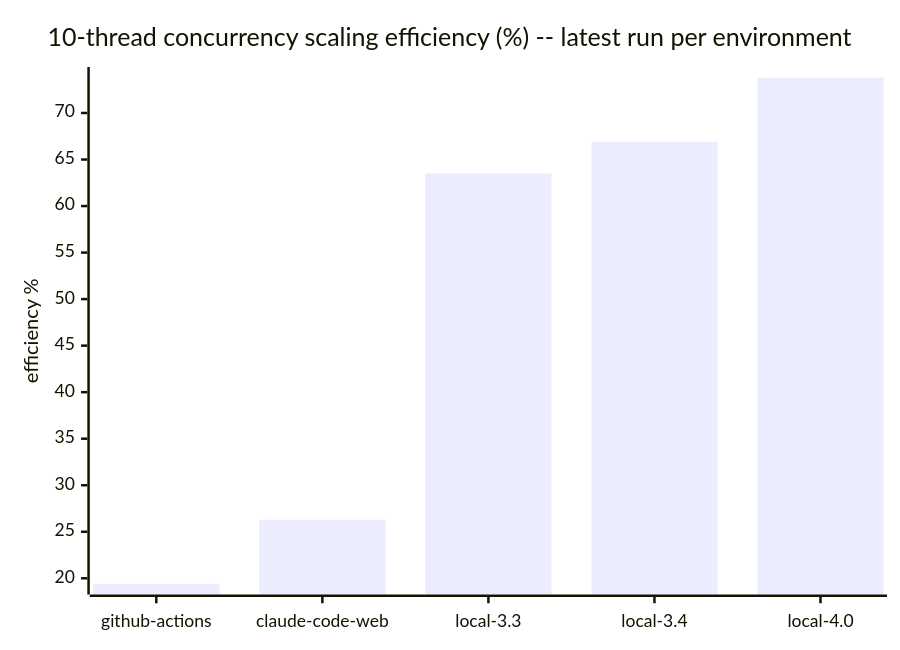
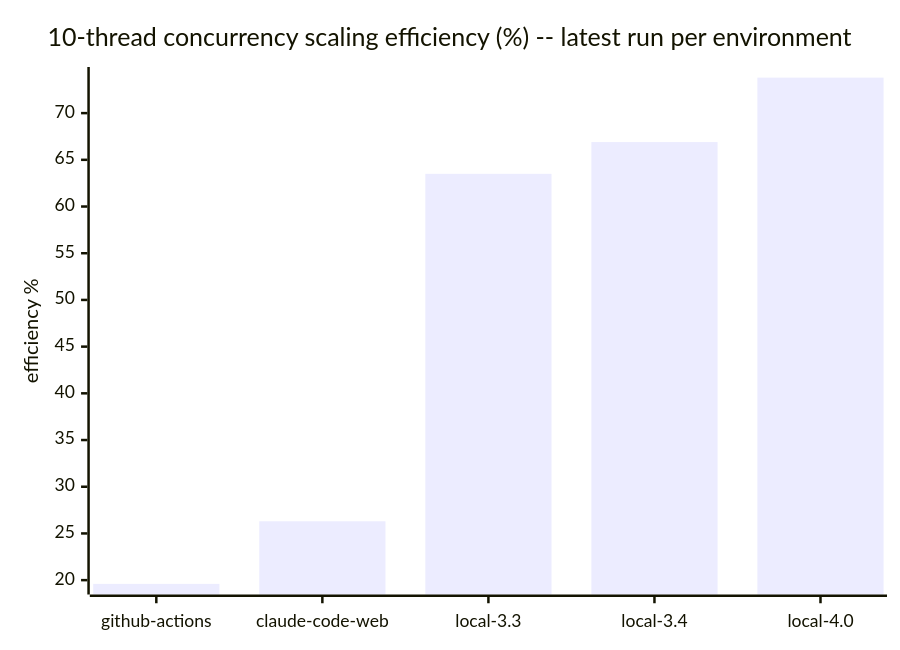
The seventh of 7 diagrams in docs/benchmarks/README.md (cpb/duckling), drawn with Mermaid before and after one commit. The commit also changed other lines of this file and 1 other file, not shown here.

````diff
--- a/docs/benchmarks/README.md
+++ b/docs/benchmarks/README.md
@@ -223,7 +223,7 @@
 ```mermaid
 xychart-beta
     title "10-thread concurrency scaling efficiency (%) -- latest run per environment"
     x-axis [github-actions, claude-code-web, local-3.3, local-3.4, local-4.0]
     y-axis "efficiency %"
-    bar "efficiency_pct" [19.4, 26.3, 63.5, 66.9, 73.8]
+    bar "efficiency_pct" [19.6, 26.3, 63.5, 66.9, 73.8]
 ```
````
